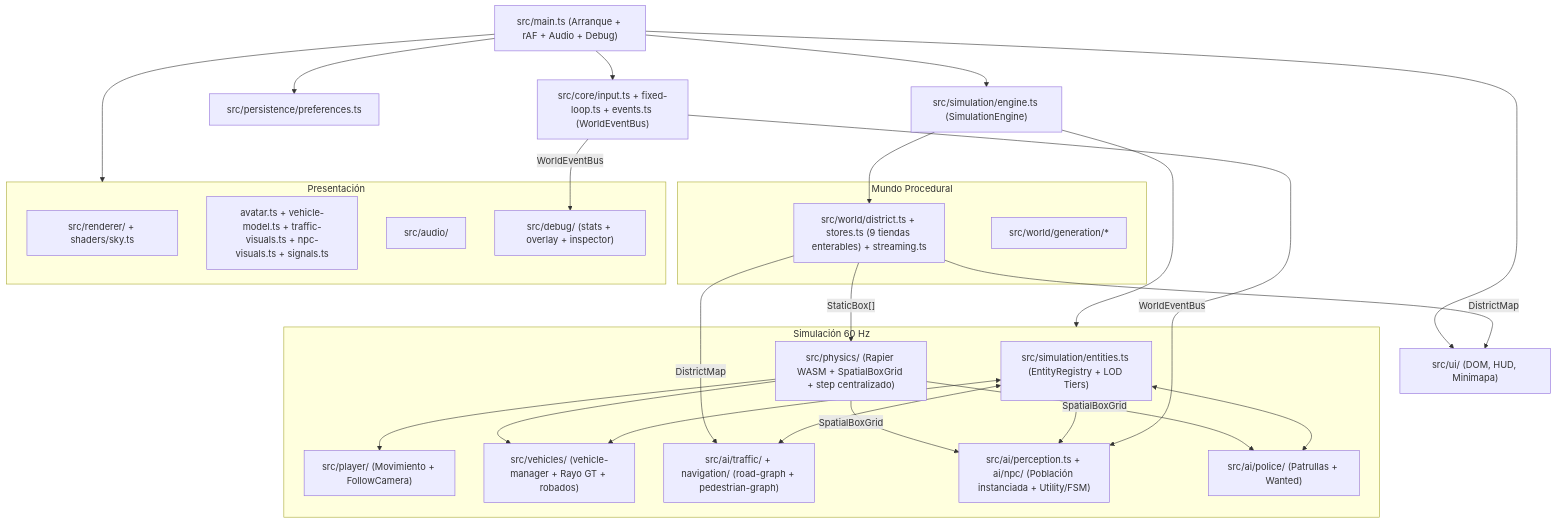
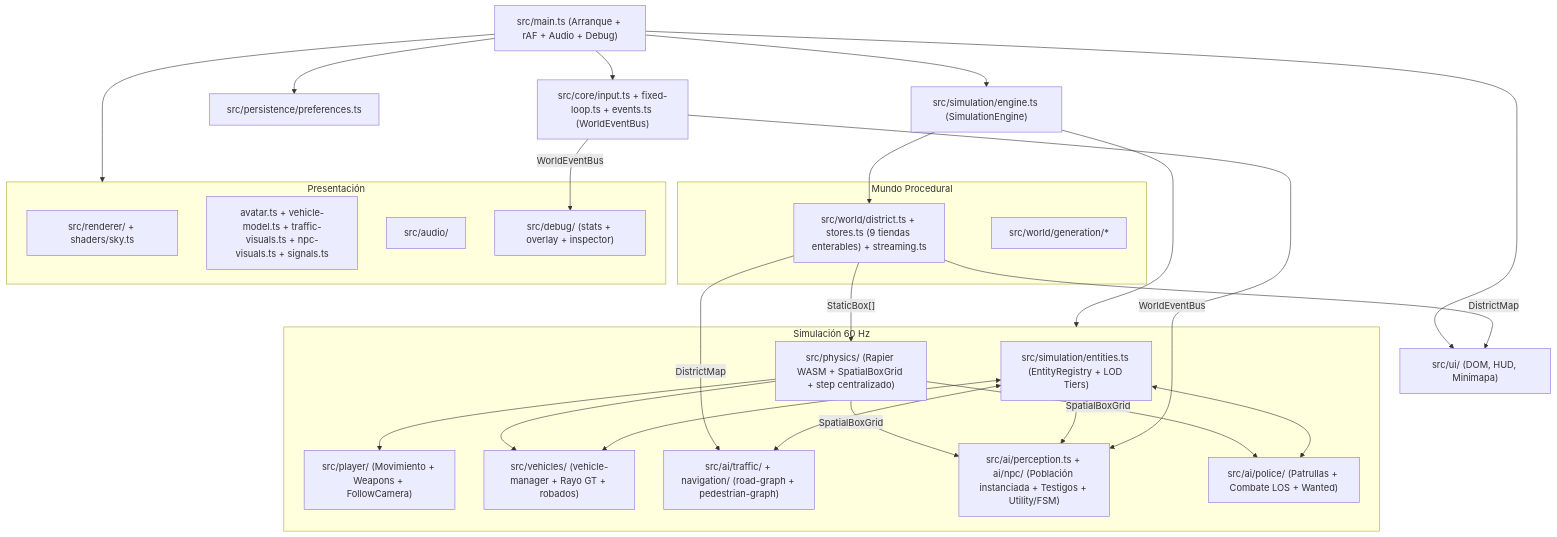
One commit to f6941469-lab/Juego-de-GTA-de-ChatGPT changed the diagram in .ai/architecture/OVERVIEW.md. Above: the diagram before and after it, drawn with Mermaid. The commit also changed other lines of this file and 29 other files, not shown here.

Commit message:
Implementa Fase 3: armas, balística, testigos 911, asaltos completos y combate policial

````diff
--- a/.ai/architecture/OVERVIEW.md
+++ b/.ai/architecture/OVERVIEW.md
@@ -14,39 +14,39 @@
 ```mermaid
 flowchart TD
     MAIN["src/main.ts (Arranque + rAF + Audio + Debug)"]
     UI["src/ui/ (DOM, HUD, Minimapa)"]
     IN["src/core/input.ts + fixed-loop.ts + events.ts (WorldEventBus)"]
     PERS["src/persistence/preferences.ts"]
     ENG["src/simulation/engine.ts (SimulationEngine)"]
 
     subgraph SIM ["Simulación 60 Hz"]
         ENT["src/simulation/entities.ts (EntityRegistry + LOD Tiers)"]
         PHY["src/physics/ (Rapier WASM + SpatialBoxGrid + step centralizado)"]
-        PLR["src/player/ (Movimiento + FollowCamera)"]
+        PLR["src/player/ (Movimiento + Weapons + FollowCamera)"]
         VEH["src/vehicles/ (vehicle-manager + Rayo GT + robados)"]
         TRF["src/ai/traffic/ + navigation/ (road-graph + pedestrian-graph)"]
-        NPC["src/ai/perception.ts + ai/npc/ (Población instanciada + Utility/FSM)"]
-        POL["src/ai/police/ (Patrullas + Wanted)"]
+        NPC["src/ai/perception.ts + ai/npc/ (Población instanciada + Testigos + Utility/FSM)"]
+        POL["src/ai/police/ (Patrullas + Combate LOS + Wanted)"]
     end
 
     subgraph WORLD ["Mundo Procedural"]
         DIST["src/world/district.ts + stores.ts (9 tiendas enterables) + streaming.ts"]
         GEN["src/world/generation/*"]
     end
 
     subgraph PRES ["Presentación"]
         REN["src/renderer/ + shaders/sky.ts"]
         MOD["avatar.ts + vehicle-model.ts + traffic-visuals.ts + npc-visuals.ts + signals.ts"]
         AUD["src/audio/"]
         DBG["src/debug/ (stats + overlay + inspector)"]
     end
 
     MAIN --> IN & UI & PERS & ENG & PRES
     ENG --> SIM & DIST
     DIST -- "StaticBox[]" --> PHY
     PHY -- "SpatialBoxGrid" --> POL & NPC
     DIST -- "DistrictMap" --> TRF & UI
     PHY --> PLR & VEH
     ENT <--> NPC & POL & TRF & VEH
     IN -- "WorldEventBus" --> NPC & DBG
 ```
````
